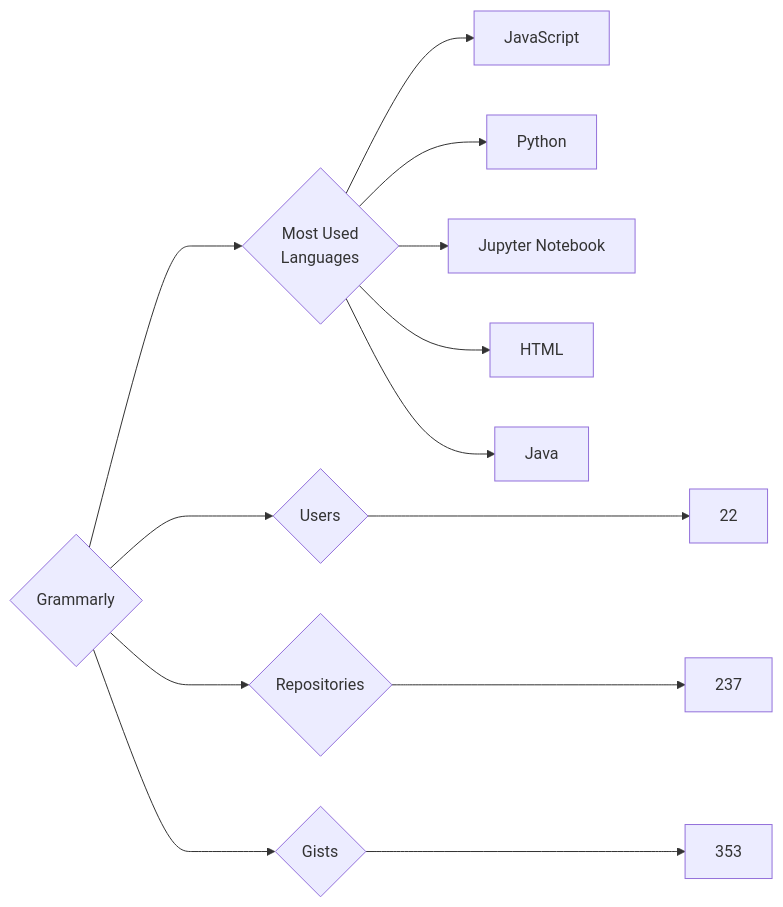
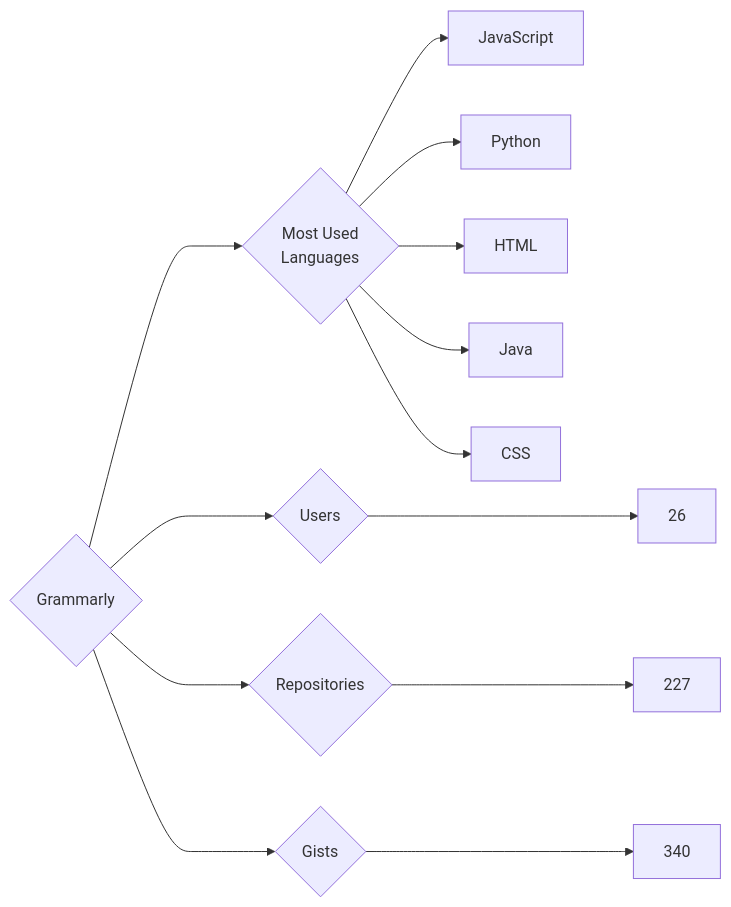
Before and after one commit to trickest/insiders: the diagram in targets/Grammarly/README.md, drawn with Mermaid. The commit also changed 953 other files, not shown here.

````diff
--- a/targets/Grammarly/README.md
+++ b/targets/Grammarly/README.md
@@ -3,13 +3,13 @@
 ```mermaid
 graph LR
 COMPANY_NAME{Grammarly}
-COMPANY_NAME ---> U{Users} ---> UN[22]
-COMPANY_NAME ---> R{Repositories} ---> RN[237]
-COMPANY_NAME ---> G{Gists} ---> GN[353]
+COMPANY_NAME ---> U{Users} ---> UN[26]
+COMPANY_NAME ---> R{Repositories} ---> RN[227]
+COMPANY_NAME ---> G{Gists} ---> GN[340]
 COMPANY_NAME ---> ML{Most Used<br>Languages}
 ML --> JavaScript[JavaScript]
 ML --> Python[Python]
-ML --> Jupyter_Notebook[Jupyter Notebook]
 ML --> HTML[HTML]
 ML --> Java[Java]
+ML --> CSS[CSS]
 ```
````
